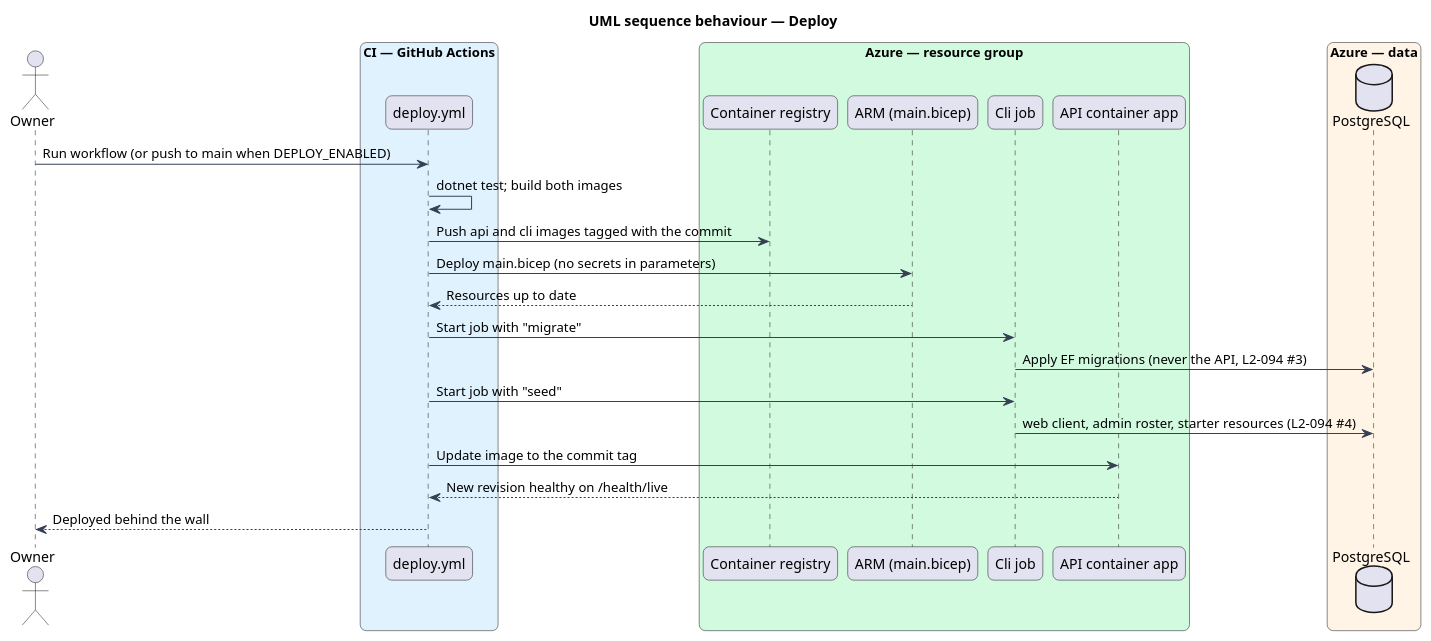
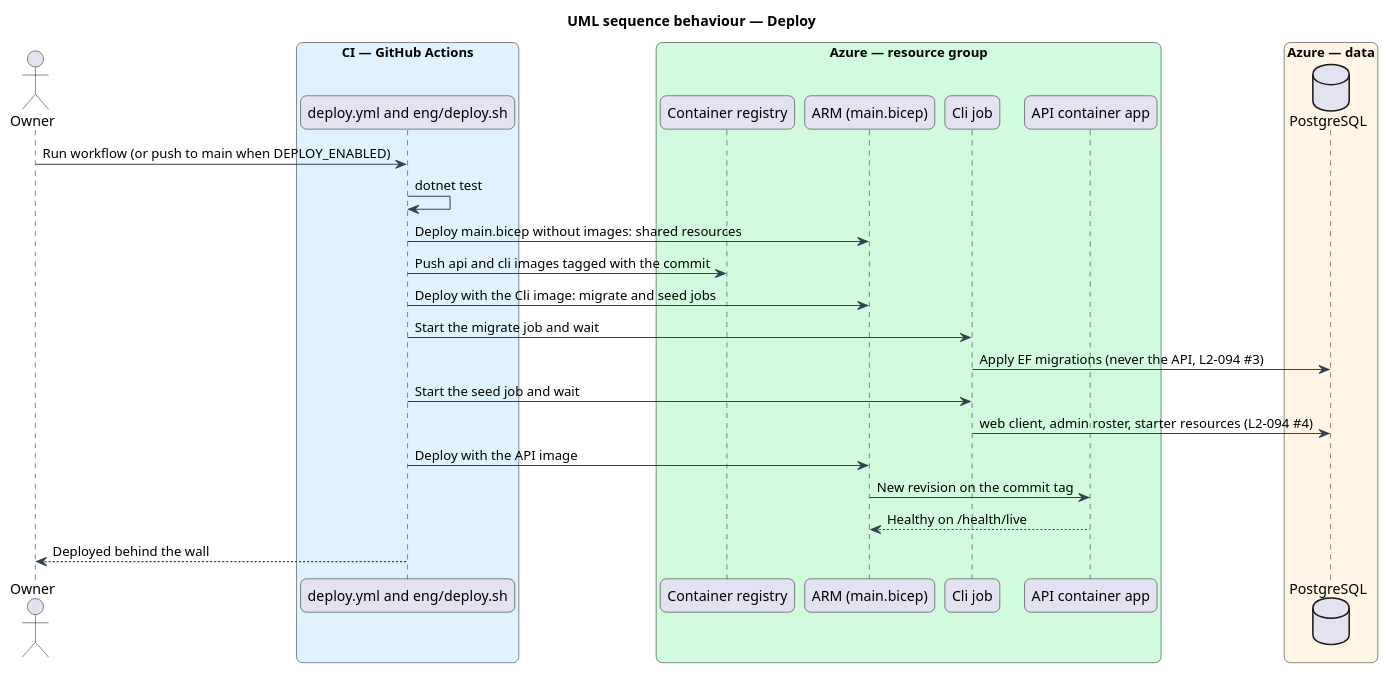
Before and after one commit to QuinntyneBrown/faithtech-community: the diagram in docs/detailed-designs/platform/private-preview-wall/diagrams/sequence-deploy.puml, drawn with PlantUML. The commit also changed 13 other files, not shown here.

```diff
--- a/docs/detailed-designs/platform/private-preview-wall/diagrams/sequence-deploy.puml
+++ b/docs/detailed-designs/platform/private-preview-wall/diagrams/sequence-deploy.puml
@@ -1,33 +1,34 @@
 @startuml
 title UML sequence behaviour — Deploy
 skinparam backgroundColor #FFFFFF
 skinparam shadowing false
 skinparam roundcorner 12
 skinparam defaultFontName Arial
 skinparam ArrowColor #344054
 actor "Owner" as actor
 box "CI — GitHub Actions" #E0F2FE
-  participant "deploy.yml" as wf
+  participant "deploy.yml and eng/deploy.sh" as wf
 end box
 box "Azure — resource group" #D1FADF
   participant "Container registry" as acr
   participant "ARM (main.bicep)" as arm
   participant "Cli job" as cli
   participant "API container app" as api
 end box
 box "Azure — data" #FFF4E5
   database "PostgreSQL" as db
 end box
 actor -> wf : Run workflow (or push to main when DEPLOY_ENABLED)
-wf -> wf : dotnet test; build both images
+wf -> wf : dotnet test
+wf -> arm : Deploy main.bicep without images: shared resources
 wf -> acr : Push api and cli images tagged with the commit
-wf -> arm : Deploy main.bicep (no secrets in parameters)
-arm --> wf : Resources up to date
-wf -> cli : Start job with "migrate"
+wf -> arm : Deploy with the Cli image: migrate and seed jobs
+wf -> cli : Start the migrate job and wait
 cli -> db : Apply EF migrations (never the API, L2-094 #3)
-wf -> cli : Start job with "seed"
+wf -> cli : Start the seed job and wait
 cli -> db : web client, admin roster, starter resources (L2-094 #4)
-wf -> api : Update image to the commit tag
-api --> wf : New revision healthy on /health/live
+wf -> arm : Deploy with the API image
+arm -> api : New revision on the commit tag
+api --> arm : Healthy on /health/live
 wf --> actor : Deployed behind the wall
 @enduml
```
